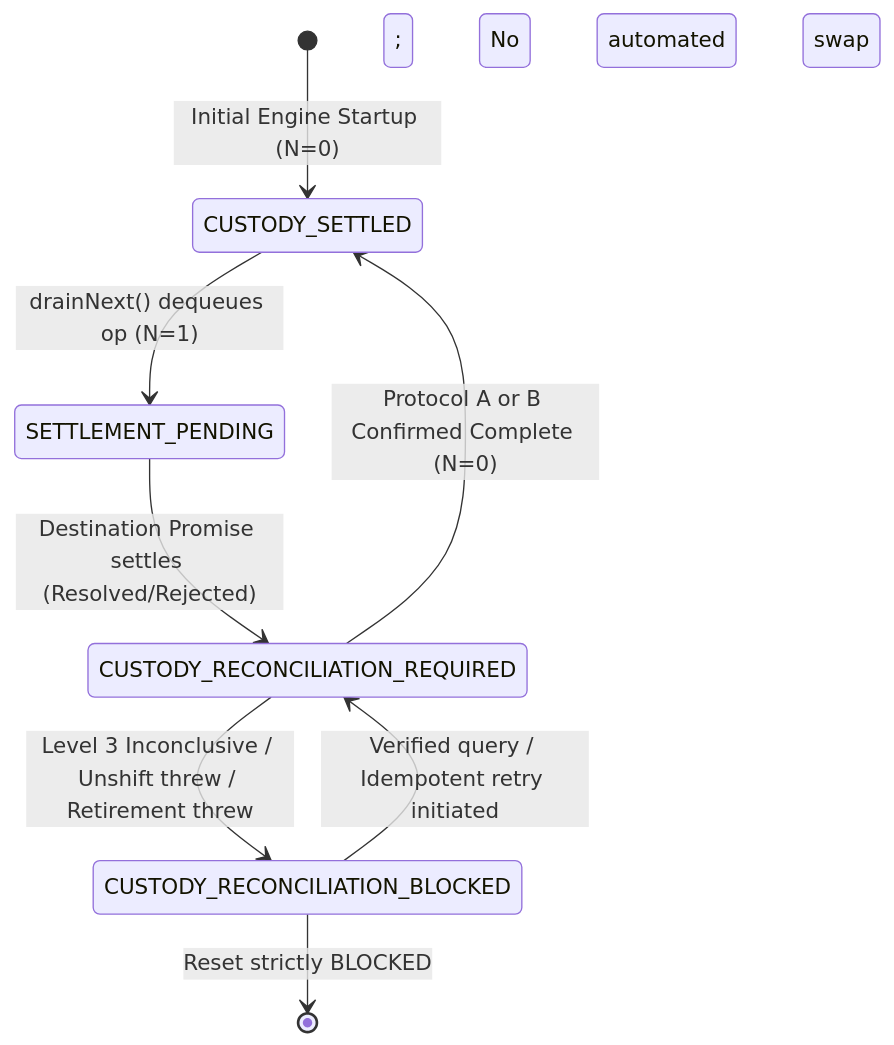
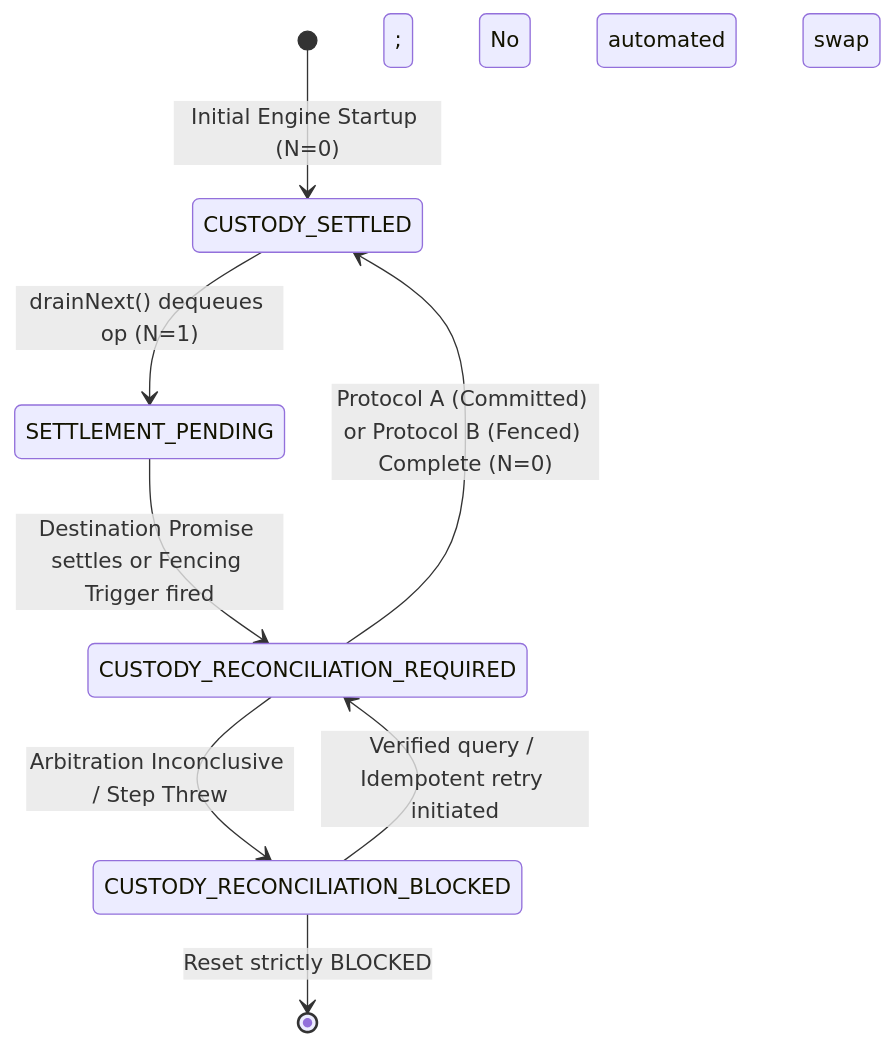
The diagram in docs/PHASE7_5_M5_0_R18_CONCURRENT_RECOVERY_ARBITRATION_DECISION.md (Tejdeepakchandra/SyncPlay_Protocol), drawn with Mermaid before and after one commit. The commit also changed other lines of this file, not shown here.

Commit message:
docs(phase-7.5-m5.0): r18-r5 archive transaction fencing, atomic cancellation and late-commit exclusion

````diff
--- a/docs/PHASE7_5_M5_0_R18_CONCURRENT_RECOVERY_ARBITRATION_DECISION.md
+++ b/docs/PHASE7_5_M5_0_R18_CONCURRENT_RECOVERY_ARBITRATION_DECISION.md
@@ -209,14 +375,14 @@
 ```mermaid
 stateDiagram-v2
     [*] --> CUSTODY_SETTLED: Initial Engine Startup (N=0)
 
     CUSTODY_SETTLED --> SETTLEMENT_PENDING: drainNext() dequeues op (N=1)
 
-    SETTLEMENT_PENDING --> CUSTODY_RECONCILIATION_REQUIRED: Destination Promise settles (Resolved/Rejected)
+    SETTLEMENT_PENDING --> CUSTODY_RECONCILIATION_REQUIRED: Destination Promise settles or Fencing Trigger fired
 
-    CUSTODY_RECONCILIATION_REQUIRED --> CUSTODY_SETTLED: Protocol A or B Confirmed Complete (N=0)
-    CUSTODY_RECONCILIATION_REQUIRED --> CUSTODY_RECONCILIATION_BLOCKED: Level 3 Inconclusive / Unshift threw / Retirement threw
+    CUSTODY_RECONCILIATION_REQUIRED --> CUSTODY_SETTLED: Protocol A (Committed) or Protocol B (Fenced) Complete (N=0)
+    CUSTODY_RECONCILIATION_REQUIRED --> CUSTODY_RECONCILIATION_BLOCKED: Arbitration Inconclusive / Step Threw
 
     CUSTODY_RECONCILIATION_BLOCKED --> CUSTODY_RECONCILIATION_REQUIRED: Verified query / Idempotent retry initiated
     CUSTODY_RECONCILIATION_BLOCKED --> [*]: Reset strictly BLOCKED; No automated root swap
 ```
````
